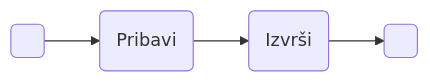
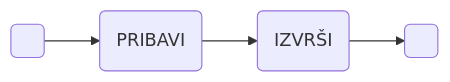
One commit to gaseri/website changed the third of 3 diagrams in docs/hr/nastava/materijali/protocnost-instrukcija.md. Above: the diagram before and after it, drawn with Mermaid. The commit also changed other lines of this file, not shown here.

````diff
--- a/docs/hr/nastava/materijali/protocnost-instrukcija.md
+++ b/docs/hr/nastava/materijali/protocnost-instrukcija.md
@@ -56,4 +56,4 @@
 ``` mermaid
 flowchart LR
-    A( ) --> id1(Pribavi) --> id2(Izvrši) --> B( )
+    A( ) --> id1(PRIBAVI) --> id2(IZVRŠI) --> B( )
 ```
````
